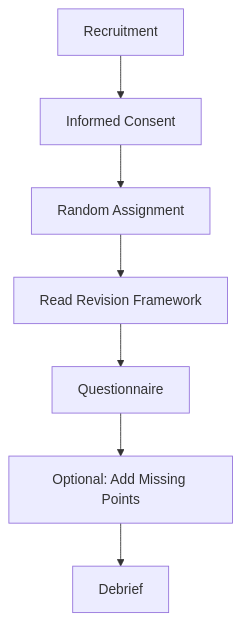
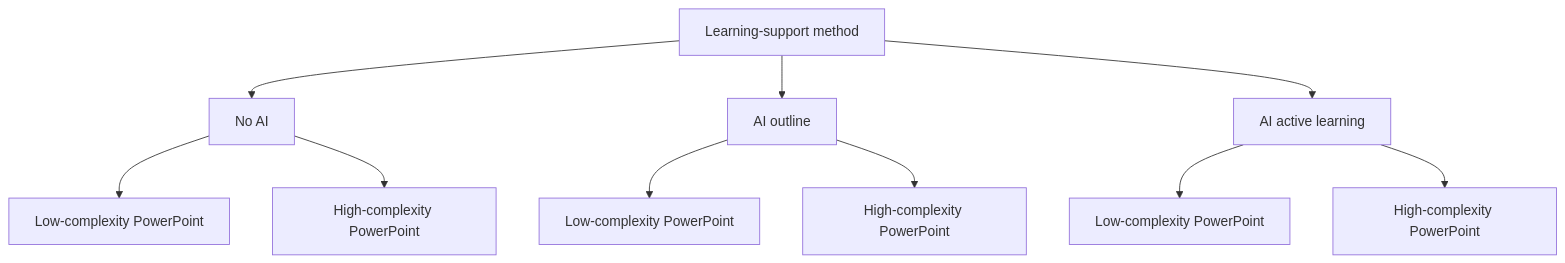
The third of 4 diagrams in README.md (coco123-123/ADS401.G.github.io), drawn with Mermaid before and after one commit. The commit also changed other lines of this file, not shown here.

````diff
--- a/README.md
+++ b/README.md
@@ -362,9 +662,15 @@
 ```mermaid
-flowchart TD
-    A[Recruitment] --> B[Informed Consent]
-    B --> C[Random Assignment]
-    C --> D[Read Revision Framework]
-    D --> E[Questionnaire]
-    E --> F[Optional: Add Missing Points]
-    F --> G[Debrief]
+graph TD
+    A[Learning-support method] --> B[No AI]
+    A --> C[AI outline]
+    A --> D[AI active learning]
+
+    B --> B1[Low-complexity PowerPoint]
+    B --> B2[High-complexity PowerPoint]
+
+    C --> C1[Low-complexity PowerPoint]
+    C --> C2[High-complexity PowerPoint]
+
+    D --> D1[Low-complexity PowerPoint]
+    D --> D2[High-complexity PowerPoint]
 ```
````
